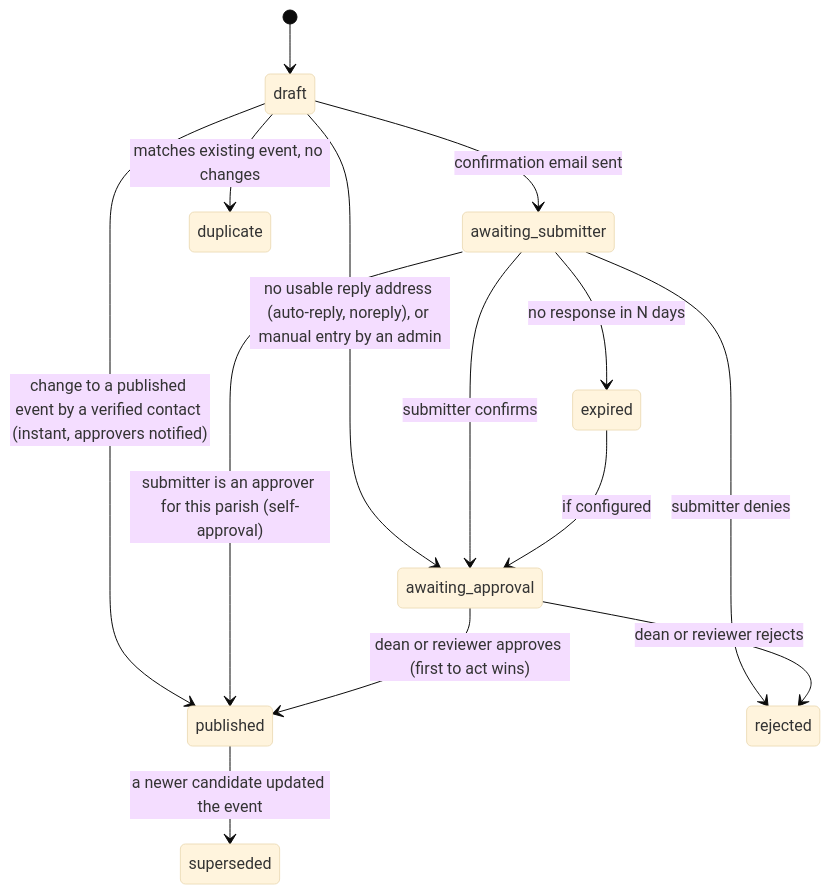
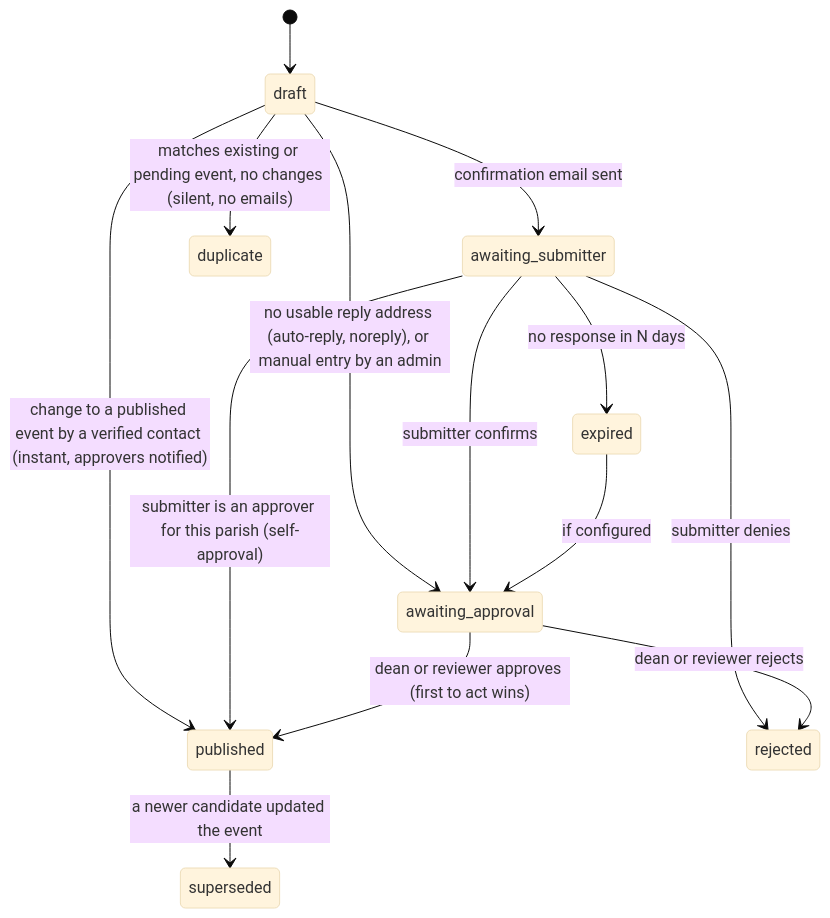
Before and after one commit to Archdiocese-of-Cape-Town/adct.org.za: the third of 3 diagrams in docs/data-model.md, drawn with Mermaid (base theme). The commit also changed other lines of this file and 16 other files, not shown here.

````diff
--- a/docs/data-model.md
+++ b/docs/data-model.md
@@ -171,16 +181,16 @@
 ```mermaid
 stateDiagram-v2
     [*] --> draft
     draft --> awaiting_submitter: confirmation email sent
     draft --> awaiting_approval: no usable reply address (auto-reply, noreply), or manual entry by an admin
     draft --> published: change to a published event by a verified contact (instant, approvers notified)
     awaiting_submitter --> awaiting_approval: submitter confirms
     awaiting_submitter --> published: submitter is an approver for this parish (self-approval)
     awaiting_submitter --> rejected: submitter denies
     awaiting_submitter --> expired: no response in N days
     expired --> awaiting_approval: if configured
     awaiting_approval --> published: dean or reviewer approves (first to act wins)
     awaiting_approval --> rejected: dean or reviewer rejects
-    draft --> duplicate: matches existing event, no changes
+    draft --> duplicate: matches existing or pending event, no changes (silent, no emails)
     published --> superseded: a newer candidate updated the event
 ```
````
